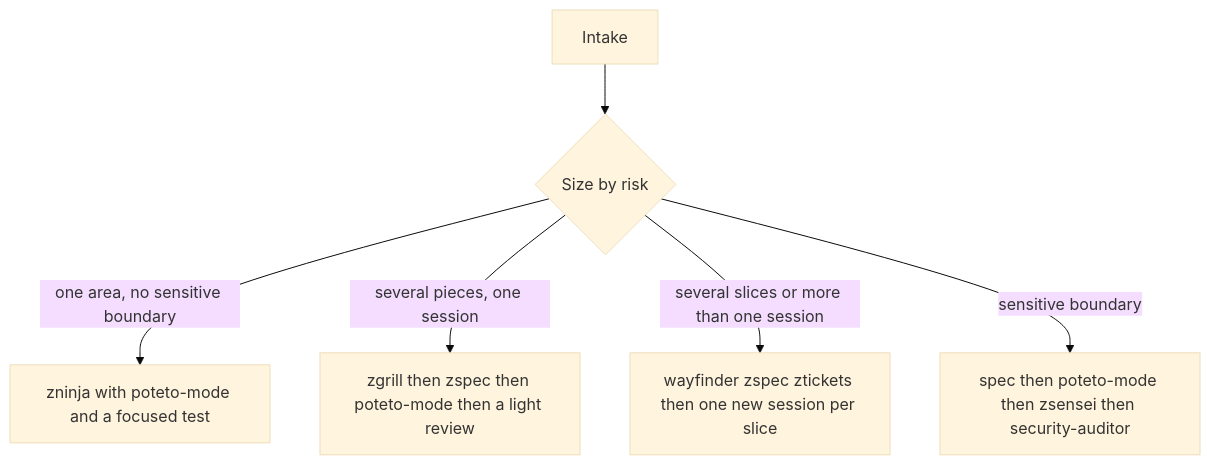
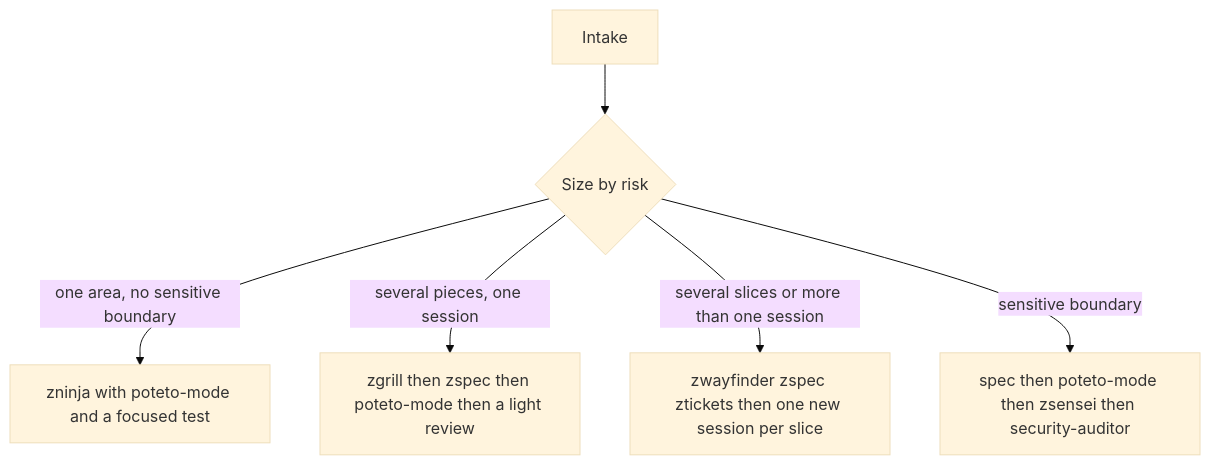
One commit to Byevenes/agent-workflow changed the first of 2 diagrams in docs/workflow.md. Above: the diagram before and after it, drawn with Mermaid (base theme). The commit also changed other lines of this file and 10 other files, not shown here.

First line of the commit message:
feat(zwayfinder): wrap wayfinder with .scratch/ and no tracker publish (#127)

````diff
--- a/docs/workflow.md
+++ b/docs/workflow.md
@@ -11,8 +11,8 @@
 ```mermaid
 flowchart TD
   intake[Intake] --> size{Size by risk}
   size -->|one area, no sensitive boundary| smallPath[zninja with poteto-mode and a focused test]
   size -->|several pieces, one session| medPath[zgrill then zspec then poteto-mode then a light review]
-  size -->|several slices or more than one session| largePath[wayfinder zspec ztickets then one new session per slice]
+  size -->|several slices or more than one session| largePath[zwayfinder zspec ztickets then one new session per slice]
   size -->|sensitive boundary| critPath[spec then poteto-mode then zsensei then security-auditor]
 ```
````
